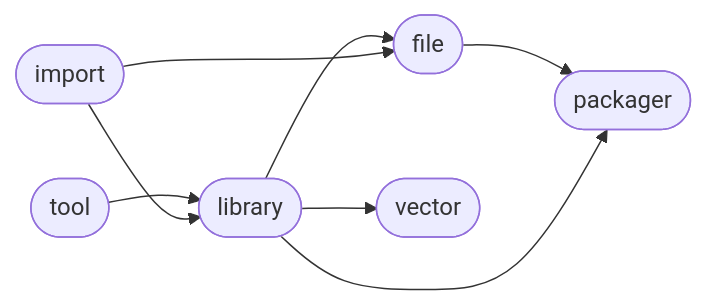
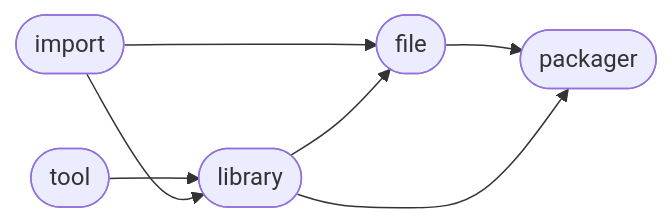
One commit to Mandera/Mandera changed the diagram in README.md. Above: the diagram before and after it, drawn with Mermaid. The commit also changed other lines of this file, not shown here.

````diff
--- a/README.md
+++ b/README.md
@@ -6,16 +6,14 @@
 ```mermaid
 flowchart LR
-2([library]) --> 4([vector])
+0([import]) --> 3([file])
+3([file]) --> 4([packager])
 1([tool]) --> 2([library])
-3([file]) --> 5([packager])
+0([import]) --> 2([library])
+2([library]) --> 4([packager])
 2([library]) --> 3([file])
-0([import]) --> 2([library])
-0([import]) --> 3([file])
-2([library]) --> 5([packager])
 click 0 "https://github.com/ManderaGeneral/generalimport"
 click 1 "https://github.com/ManderaGeneral/generaltool"
 click 2 "https://github.com/ManderaGeneral/generallibrary"
 click 3 "https://github.com/ManderaGeneral/generalfile"
-click 4 "https://github.com/ManderaGeneral/generalvector"
-click 5 "https://github.com/ManderaGeneral/generalpackager"
+click 4 "https://github.com/ManderaGeneral/generalpackager"
 ```
````
